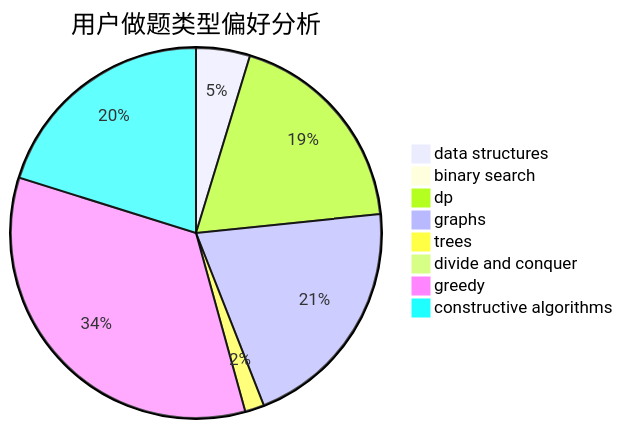
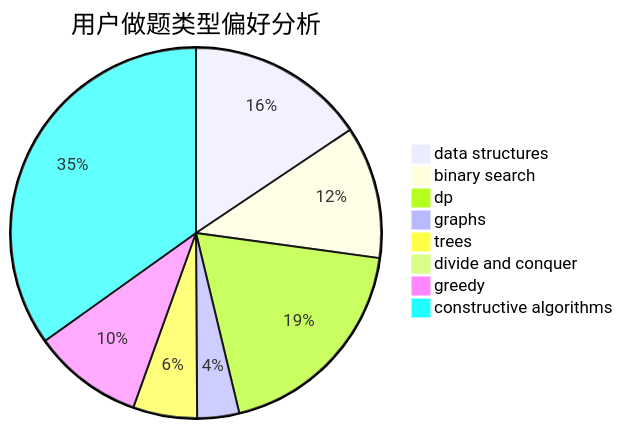
Before and after one commit to sherpahu/cfrs.github.io: the second of 3 diagrams in docs/user/u1933.md, drawn with Mermaid. The commit also changed other lines of this file and 2770 other files, not shown here.

````diff
--- a/docs/user/u1933.md
+++ b/docs/user/u1933.md
@@ -23,11 +23,11 @@
 ```mermaid
 pie title 用户做题类型偏好分析
-    "data structures" :  28
-    "binary search" :  2
-    "dp" :  111
-    "graphs" :  123
-    "trees" :  10
+    "data structures" :  81
+    "binary search" :  60
+    "dp" :  99
+    "graphs" :  19
+    "trees" :  29
     "divide and conquer" :  0
-    "greedy" :  203
-    "constructive algorithms" :  120
+    "greedy" :  50
+    "constructive algorithms" :  181
 ```
````
